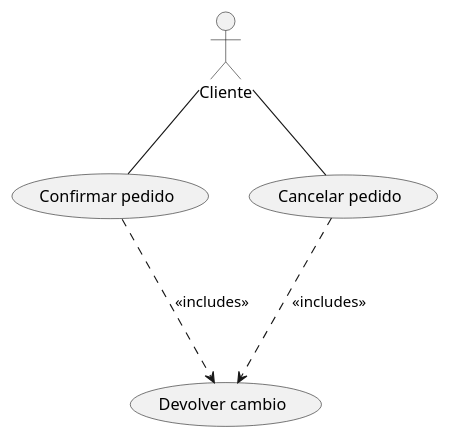
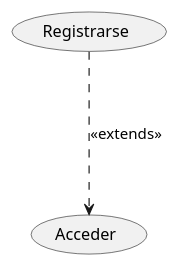
The diagram in Practica1UD12/src/PrimeraPracticaUML.puml (JaimeSoftDev/Practica1UD12UML-Jaime-Macia-Mora), drawn with PlantUML before and after one commit.

Commit message:
Extensión

```diff
--- a/Practica1UD12/src/PrimeraPracticaUML.puml
+++ b/Practica1UD12/src/PrimeraPracticaUML.puml
@@ -1,11 +1,7 @@
 @startuml
-:Cliente: as actor1
-(Confirmar pedido) as UC1
-(Cancelar pedido) as UC2
-(Devolver cambio) as UC3
+(Acceder) as UC1
+(Registrarse) as UC2
 
-actor1--UC1
-actor1--UC2
-UC1 ...> UC3 : <<includes>>
-UC2 ...> UC3 : <<includes>>
+UC2 ...> UC1 : <<extends>>
+
 @enduml
```
